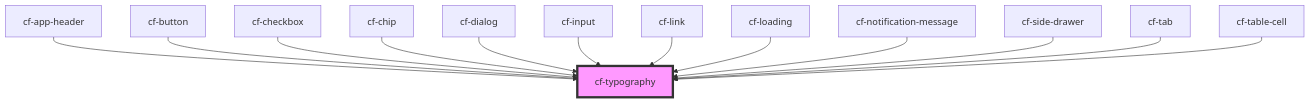
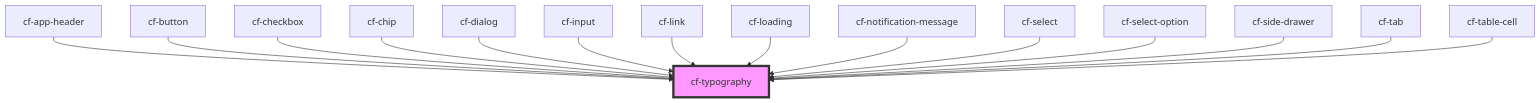
Before and after one commit to DriLLFreAK100/codefee-component: the diagram in src/components/cf-typography/readme.md, drawn with Mermaid. The commit also changed other lines of this file and 4 other files, not shown here.

````diff
--- a/src/components/cf-typography/readme.md
+++ b/src/components/cf-typography/readme.md
@@ -35,16 +37,18 @@
 ```mermaid
 graph TD;
   cf-app-header --> cf-typography
   cf-button --> cf-typography
   cf-checkbox --> cf-typography
   cf-chip --> cf-typography
   cf-dialog --> cf-typography
   cf-input --> cf-typography
   cf-link --> cf-typography
   cf-loading --> cf-typography
   cf-notification-message --> cf-typography
+  cf-select --> cf-typography
+  cf-select-option --> cf-typography
   cf-side-drawer --> cf-typography
   cf-tab --> cf-typography
   cf-table-cell --> cf-typography
   style cf-typography fill:#f9f,stroke:#333,stroke-width:4px
 ```
````
